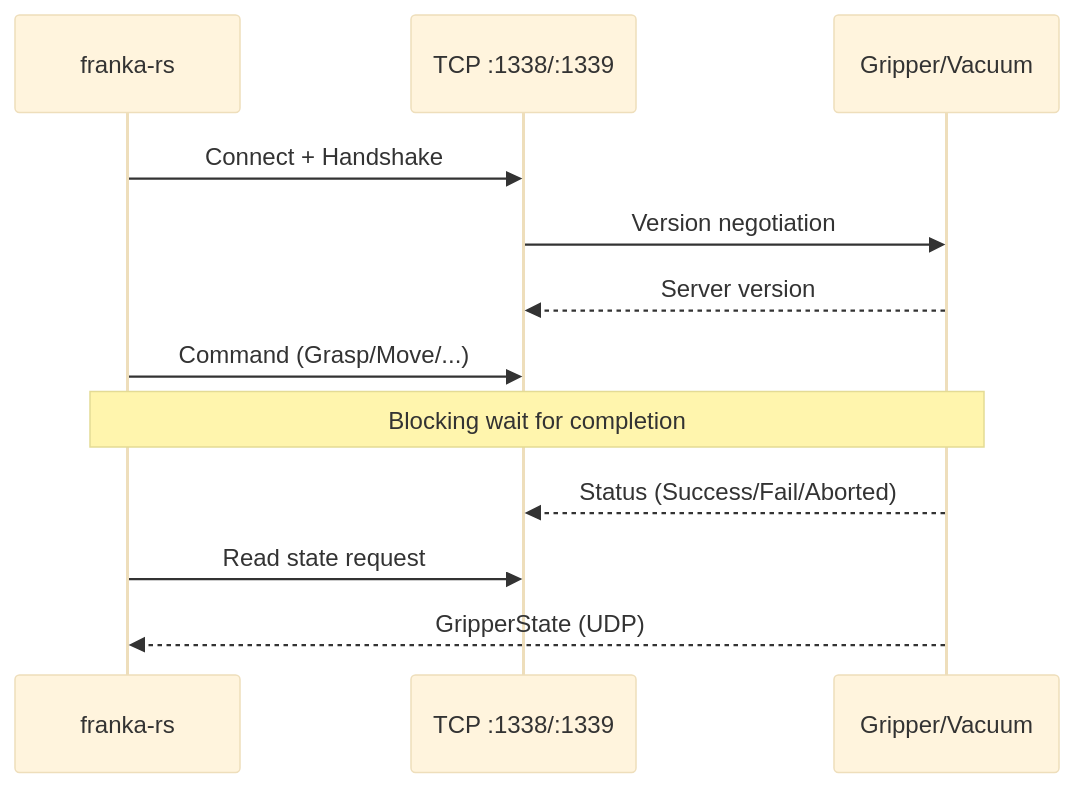
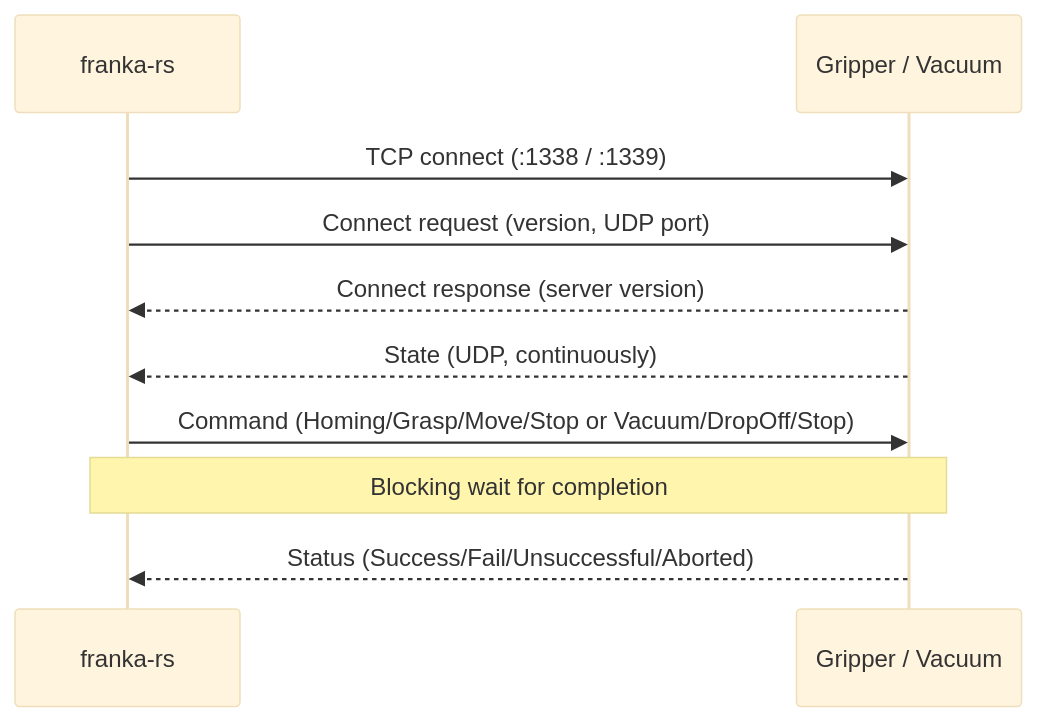
The diagram in docs/src/gripper.md (ColeTen/franka-rs), drawn with Mermaid (base theme) before and after one commit. The commit also changed other lines of this file and 43 other files, not shown here.

````diff
--- a/docs/src/gripper.md
+++ b/docs/src/gripper.md
@@ -114,17 +107,14 @@
 ```mermaid
 sequenceDiagram
     participant App as franka-rs
-    participant TCP as TCP :1338/:1339
-    participant Gripper as Gripper/Vacuum
+    participant Gripper as Gripper / Vacuum
 
-    App->>TCP: Connect + Handshake
-    TCP->>Gripper: Version negotiation
-    Gripper-->>TCP: Server version
+    App->>Gripper: TCP connect (:1338 / :1339)
+    App->>Gripper: Connect request (version, UDP port)
+    Gripper-->>App: Connect response (server version)
+    Gripper-->>App: State (UDP, continuously)
 
-    App->>TCP: Command (Grasp/Move/...)
+    App->>Gripper: Command (Homing/Grasp/Move/Stop or Vacuum/DropOff/Stop)
     Note over App,Gripper: Blocking wait for completion
-    Gripper-->>TCP: Status (Success/Fail/Aborted)
-
-    App->>TCP: Read state request
-    Gripper-->>App: GripperState (UDP)
+    Gripper-->>App: Status (Success/Fail/Unsuccessful/Aborted)
 ```
````
